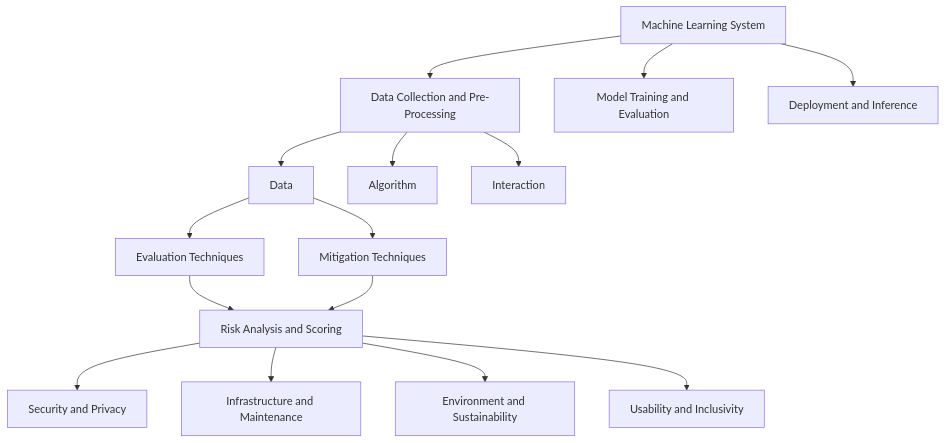
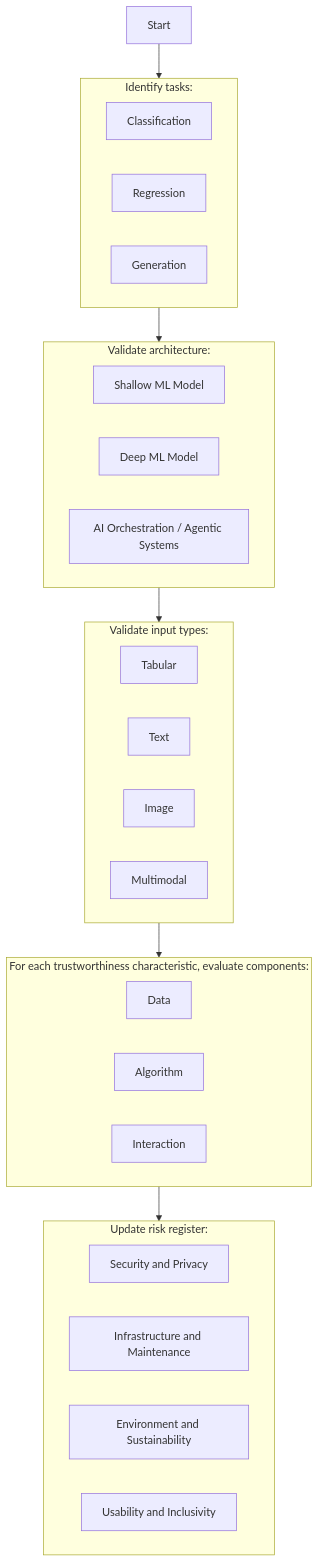
Before and after one commit to asabuncuoglu13/ai-safety-demos: the second of 2 diagrams in README.md, drawn with Mermaid. The commit also changed other lines of this file, not shown here.

Commit message:
readme-test-executing-methodology-update

````diff
--- a/README.md
+++ b/README.md
@@ -46,21 +47,41 @@
 ```mermaid
 graph TD;
-    A[Machine Learning System] --> B[Data Collection and Pre-Processing]
-    B --> C[Data]
-    B --> D[Algorithm]
-    B --> E[Interaction]
+    direction TB
+    Start--> Tasks
+    Tasks --> Architecture
+    Architecture --> Input
+    Input  --> EvalComponents
+    EvalComponents --> Risks
 
-    A --> F[Model Training and Evaluation]
-    A --> G[Deployment and Inference]
+    subgraph Tasks[Identify tasks:]
+        T1[Classification]
+        T2[Regression]
+        T3[Generation]
+    end
+    
+    subgraph Architecture[Validate architecture:]
+        A1[Shallow ML Model]
+        A2[Deep ML Model]
+        A3[AI Orchestration / Agentic Systems]
+    end
 
-    C --> H[Evaluation Techniques]
-    C --> I[Mitigation Techniques]
+    subgraph Input[Validate input types:]
+        I1[Tabular]
+        I2[Text]
+        I3[Image]
+        I4[Multimodal]
+    end
 
-    H --> J[Risk Analysis and Scoring]
-    I --> J
+    subgraph EvalComponents["For each trustworthiness characteristic, evaluate components:"]
+        C1[Data]
+        C2[Algorithm]
+        C3[Interaction]
+    end
 
-    J --> K[Security and Privacy]
-    J --> L[Infrastructure and Maintenance]
-    J --> M[Environment and Sustainability]
-    J --> N[Usability and Inclusivity]
+    subgraph Risks[Update risk register:]
+        R1[Security and Privacy]
+        R2[Infrastructure and Maintenance]
+        R3[Environment and Sustainability]
+        R4[Usability and Inclusivity]
+    end
 ```
````
